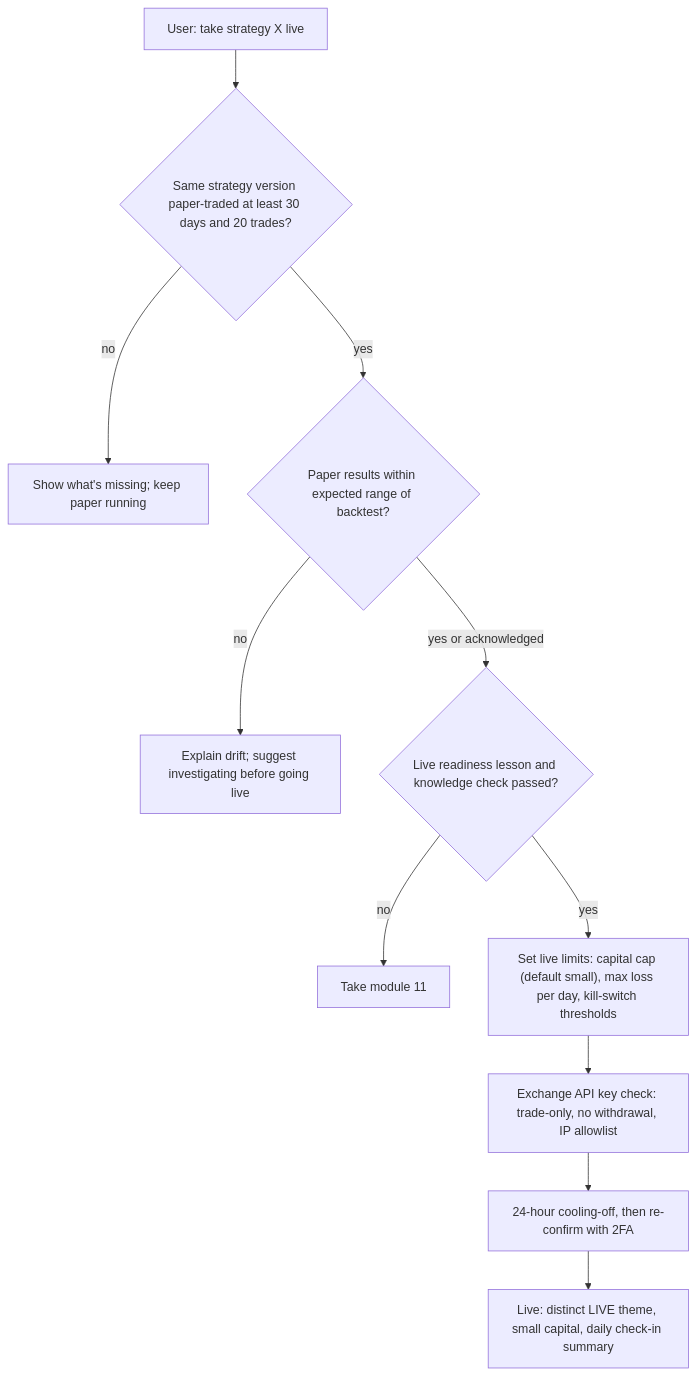
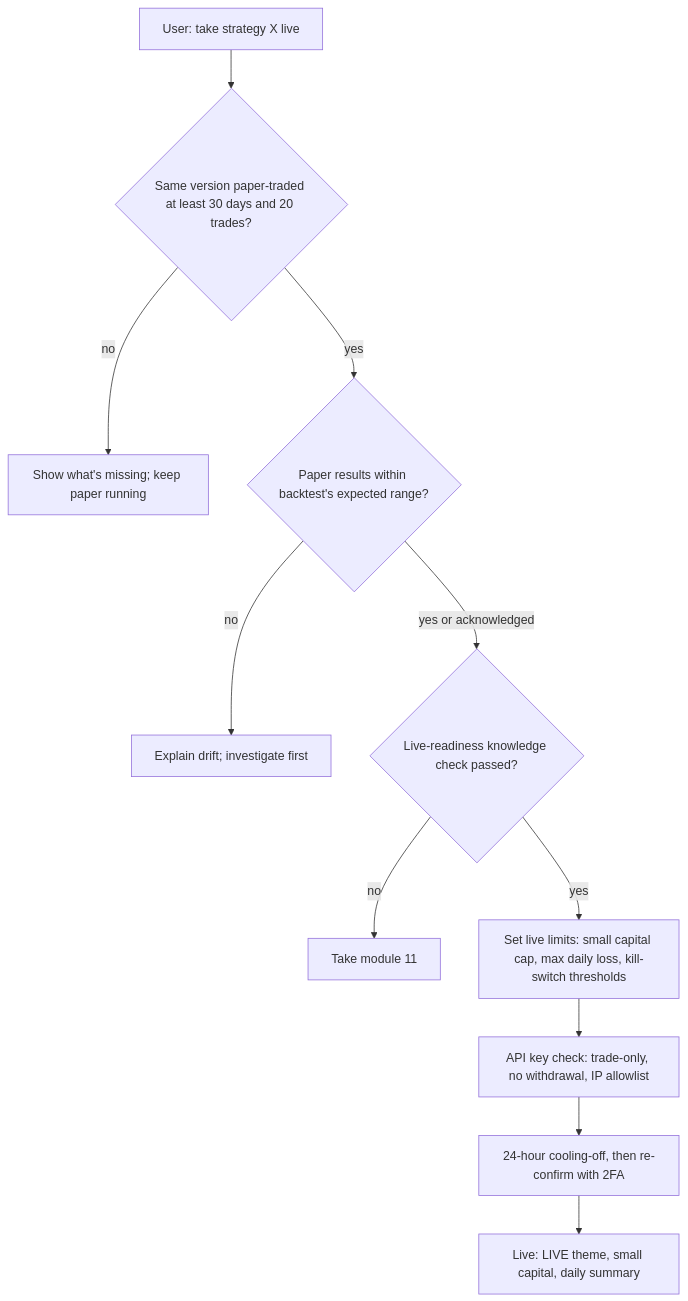
One commit to richiesomething/Ubik changed the second of 2 diagrams in docs/planning/07-ux-and-beginner-experience.md. Above: the diagram before and after it, drawn with Mermaid. The commit also changed other lines of this file and 1 other file, not shown here.

````diff
--- a/docs/planning/07-ux-and-beginner-experience.md
+++ b/docs/planning/07-ux-and-beginner-experience.md
@@ -129,13 +113,13 @@
 ```mermaid
 flowchart TD
-  S["User: take strategy X live"] --> G1{"Same strategy version paper-traded at least 30 days and 20 trades?"}
+  S["User: take strategy X live"] --> G1{"Same version paper-traded at least 30 days and 20 trades?"}
   G1 -->|no| W1["Show what's missing; keep paper running"]
-  G1 -->|yes| G2{"Paper results within expected range of backtest?"}
-  G2 -->|no| W2["Explain drift; suggest investigating before going live"]
-  G2 -->|yes or acknowledged| G3{"Live readiness lesson and knowledge check passed?"}
+  G1 -->|yes| G2{"Paper results within backtest's expected range?"}
+  G2 -->|no| W2["Explain drift; investigate first"]
+  G2 -->|yes or acknowledged| G3{"Live-readiness knowledge check passed?"}
   G3 -->|no| W3[Take module 11]
-  G3 -->|yes| G4["Set live limits: capital cap (default small), max loss per day, kill-switch thresholds"]
-  G4 --> G5["Exchange API key check: trade-only, no withdrawal, IP allowlist"]
+  G3 -->|yes| G4["Set live limits: small capital cap, max daily loss, kill-switch thresholds"]
+  G4 --> G5["API key check: trade-only, no withdrawal, IP allowlist"]
   G5 --> G6["24-hour cooling-off, then re-confirm with 2FA"]
-  G6 --> L["Live: distinct LIVE theme, small capital, daily check-in summary"]
+  G6 --> L["Live: LIVE theme, small capital, daily summary"]
 ```
````
